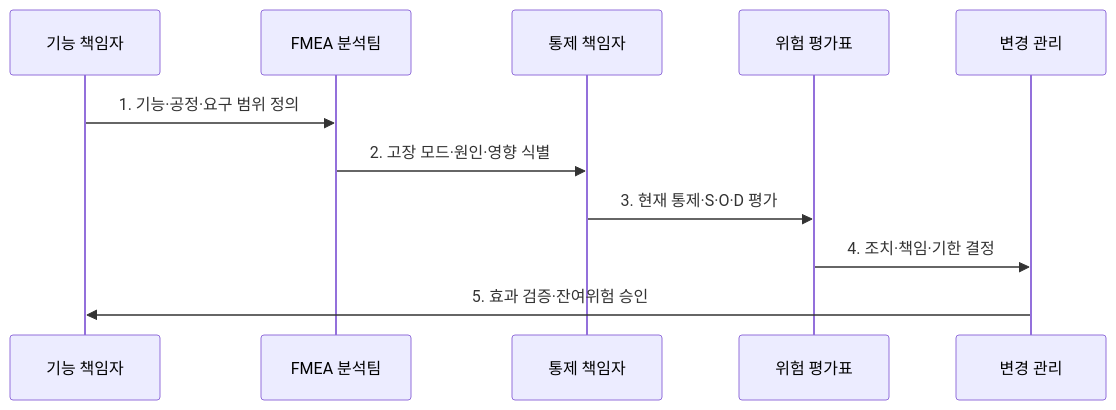
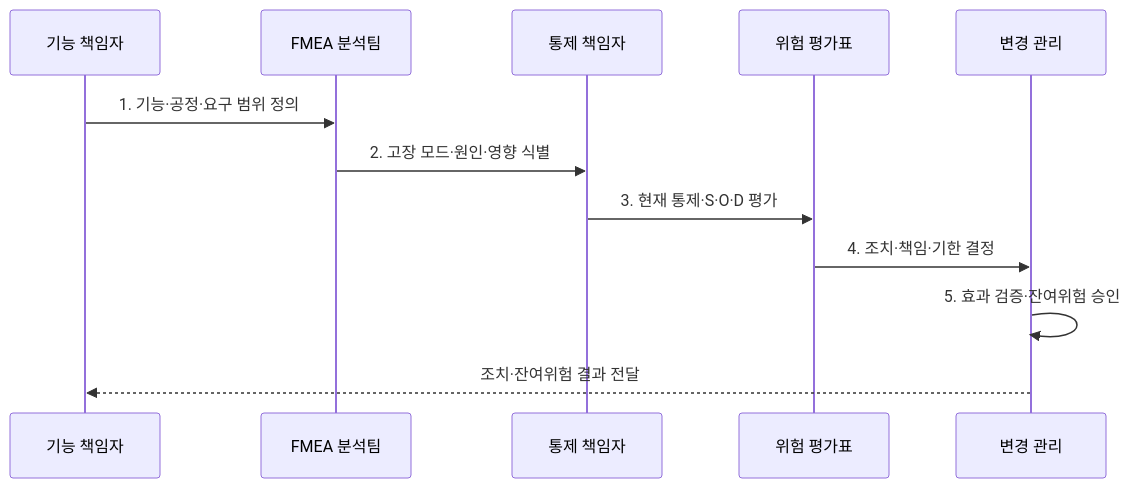
The second of 2 diagrams in src/content/docs/notes/06-evaluation/028_fmea_failure_mode_effect_analysis.md (agnusdei1207/knowledge-base), drawn with Mermaid before and after one commit. The commit also changed other lines of this file and 20 other files, not shown here.

````diff
--- a/src/content/docs/notes/06-evaluation/028_fmea_failure_mode_effect_analysis.md
+++ b/src/content/docs/notes/06-evaluation/028_fmea_failure_mode_effect_analysis.md
@@ -86,13 +87,14 @@
 ```mermaid
 sequenceDiagram
   participant O as 기능 책임자
   participant A as FMEA 분석팀
   participant C as 통제 책임자
   participant R as 위험 평가표
   participant M as 변경 관리
   O->>A: 1. 기능·공정·요구 범위 정의
   A->>C: 2. 고장 모드·원인·영향 식별
   C->>R: 3. 현재 통제·S·O·D 평가
   R->>M: 4. 조치·책임·기한 결정
-  M->>O: 5. 효과 검증·잔여위험 승인
+  M->>M: 5. 효과 검증·잔여위험 승인
+  M-->>O: 조치·잔여위험 결과 전달
 ```
````
